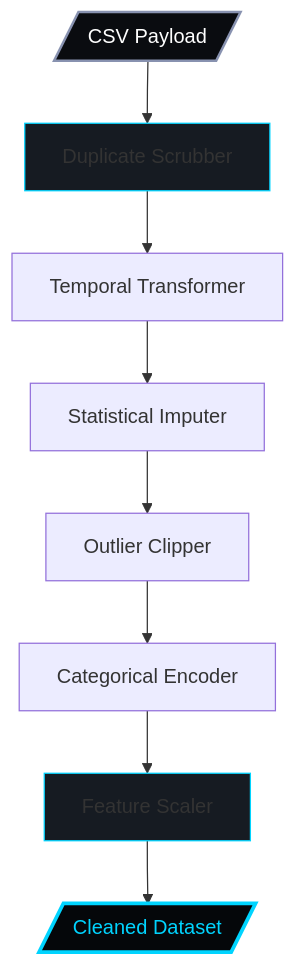
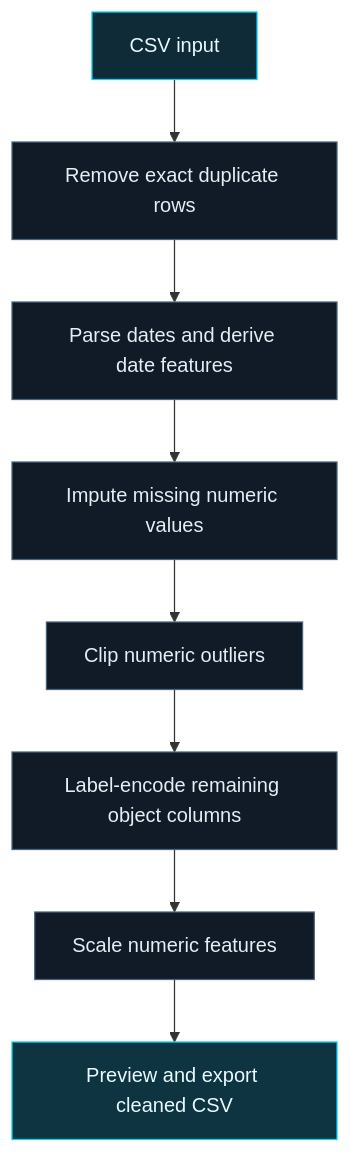
The diagram in README.md (Sohila-Khaled-Abbas/deep-clean-data-tool), drawn with Mermaid before and after one commit. The commit also changed other lines of this file and 8 other files, not shown here.

````diff
--- a/README.md
+++ b/README.md
@@ -27,15 +59,17 @@
 ```mermaid
-graph TD
-    Input[/CSV Payload/] --> Dup[Duplicate Scrubber]
-    Dup --> Temp[Temporal Transformer]
-    Temp --> Imp[Statistical Imputer]
-    Imp --> Out[Outlier Clipper]
-    Out --> Enc[Categorical Encoder]
-    Enc --> Scale[Feature Scaler]
-    Scale --> Output[/Cleaned Dataset/]
+flowchart TD
+    A[CSV input] --> B[Remove exact duplicate rows]
+    B --> C[Parse dates and derive date features]
+    C --> D[Impute missing numeric values]
+    D --> E[Clip numeric outliers]
+    E --> F[Label-encode remaining object columns]
+    F --> G[Scale numeric features]
+    G --> H[Preview and export cleaned CSV]
 
-    style Input fill:#0a0c10,stroke:#8892b0,stroke-width:2px,color:#fff
-    style Output fill:#05070a,stroke:#00d4ff,stroke-width:3px,color:#00d4ff
-    style Dup fill:#161b22,stroke:#00d4ff
-    style Scale fill:#161b22,stroke:#00d4ff
+    classDef input fill:#102b38,stroke:#00d4ff,color:#eafaff
+    classDef step fill:#111b27,stroke:#46647d,color:#e6edf5
+    classDef output fill:#0d3440,stroke:#00d4ff,color:#eafaff
+    class A input
+    class B,C,D,E,F,G step
+    class H output
 ```
````
